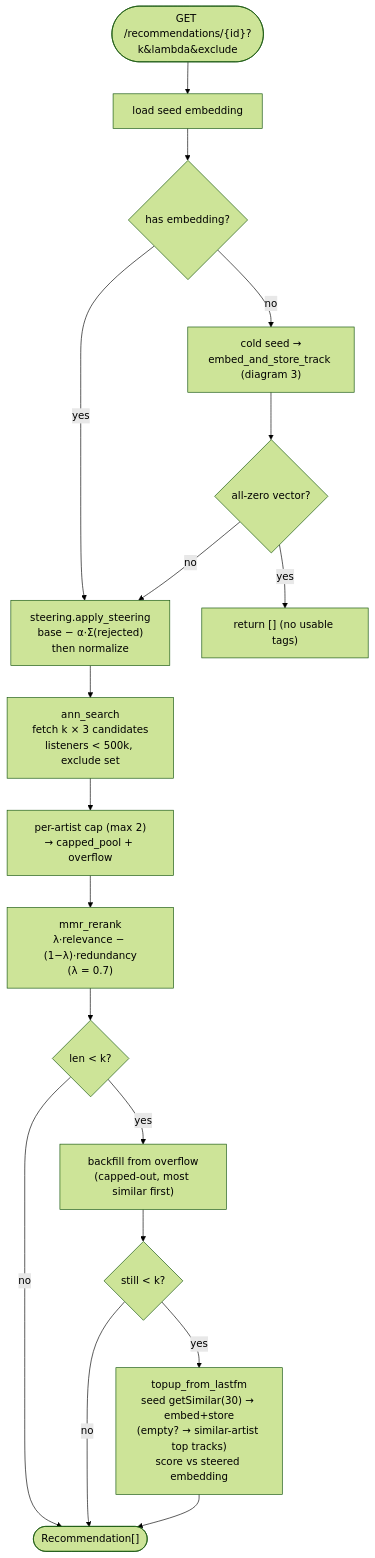
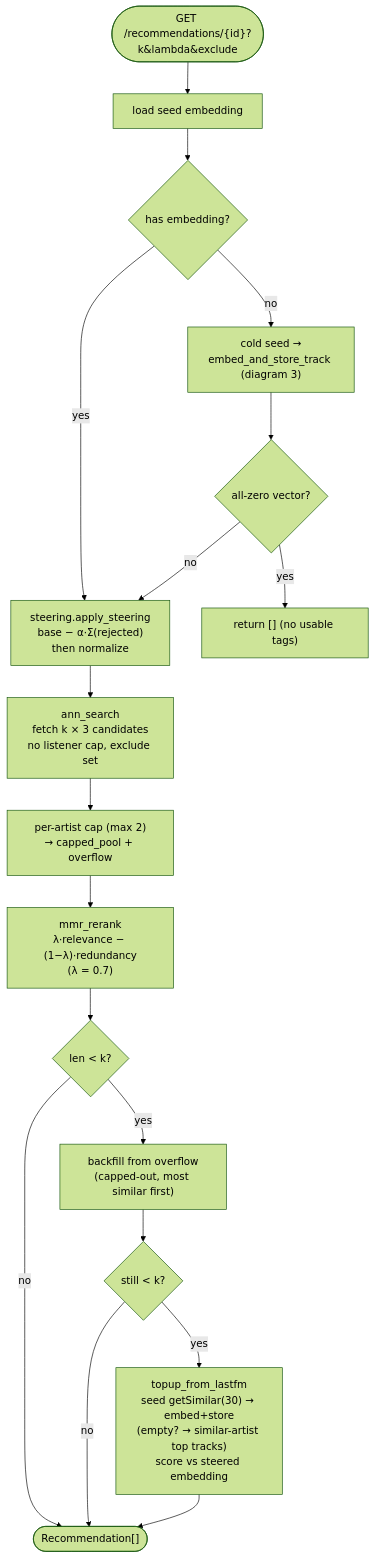
The eighth of 13 diagrams in ARCHITECTURE.md (pedro-boudoux/pyo), drawn with Mermaid (forest theme) before and after one commit. The commit also changed other lines of this file and 11 other files, not shown here.

First line of the commit message:
Remove the listener cap from recommendations

````diff
--- a/ARCHITECTURE.md
+++ b/ARCHITECTURE.md
@@ -318,22 +316,22 @@
 ```mermaid
 flowchart TD
     req(["GET /recommendations/{id}?k&lambda&exclude"]) --> emb["load seed embedding"]
     emb --> none{"has embedding?"}
     none -->|no| cold["cold seed →<br/>embed_and_store_track (diagram 3)"]
     none -->|yes| steer
     cold --> zero{"all-zero vector?"}
     zero -->|yes| empty["return [] (no usable tags)"]
     zero -->|no| steer["steering.apply_steering<br/>base − α·Σ(rejected)<br/>then normalize"]
 
-    steer --> pool["ann_search<br/>fetch k × 3 candidates<br/>listeners < 500k, exclude set"]
+    steer --> pool["ann_search<br/>fetch k × 3 candidates<br/>no listener cap, exclude set"]
     pool --> cap["per-artist cap (max 2)<br/>→ capped_pool + overflow"]
     cap --> mmr["mmr_rerank<br/>λ·relevance − (1−λ)·redundancy<br/>(λ = 0.7)"]
 
     mmr --> short1{"len < k?"}
     short1 -->|yes| backfill["backfill from overflow<br/>(capped-out, most similar first)"]
     short1 -->|no| out
     backfill --> short2{"still < k?"}
     short2 -->|yes| topup["topup_from_lastfm<br/>seed getSimilar(30) → embed+store<br/>(empty? → similar-artist top tracks)<br/>score vs steered embedding"]
     short2 -->|no| out
     topup --> out(["Recommendation[]"])
 ```
````
